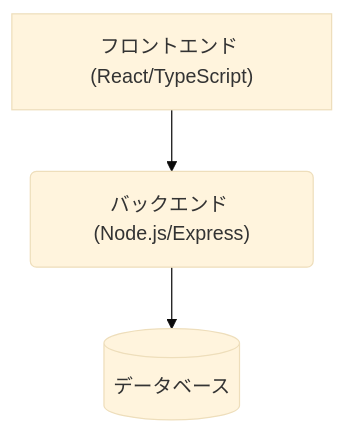
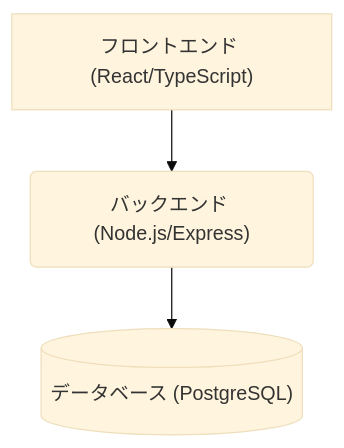
One commit to plplbody/AI-task-management changed the diagram in docs/DESIGN.md. Above: the diagram before and after it, drawn with Mermaid (base theme). The commit also changed other lines of this file and 5 other files, not shown here.

````diff
--- a/docs/DESIGN.md
+++ b/docs/DESIGN.md
@@ -25,5 +25,5 @@
 ```mermaid
 graph TD
     A["フロントエンド (React/TypeScript)"] --> B("バックエンド (Node.js/Express)");
-    B --> C[("データベース")]
+    B --> C[("データベース (PostgreSQL)")]
 ```
````
